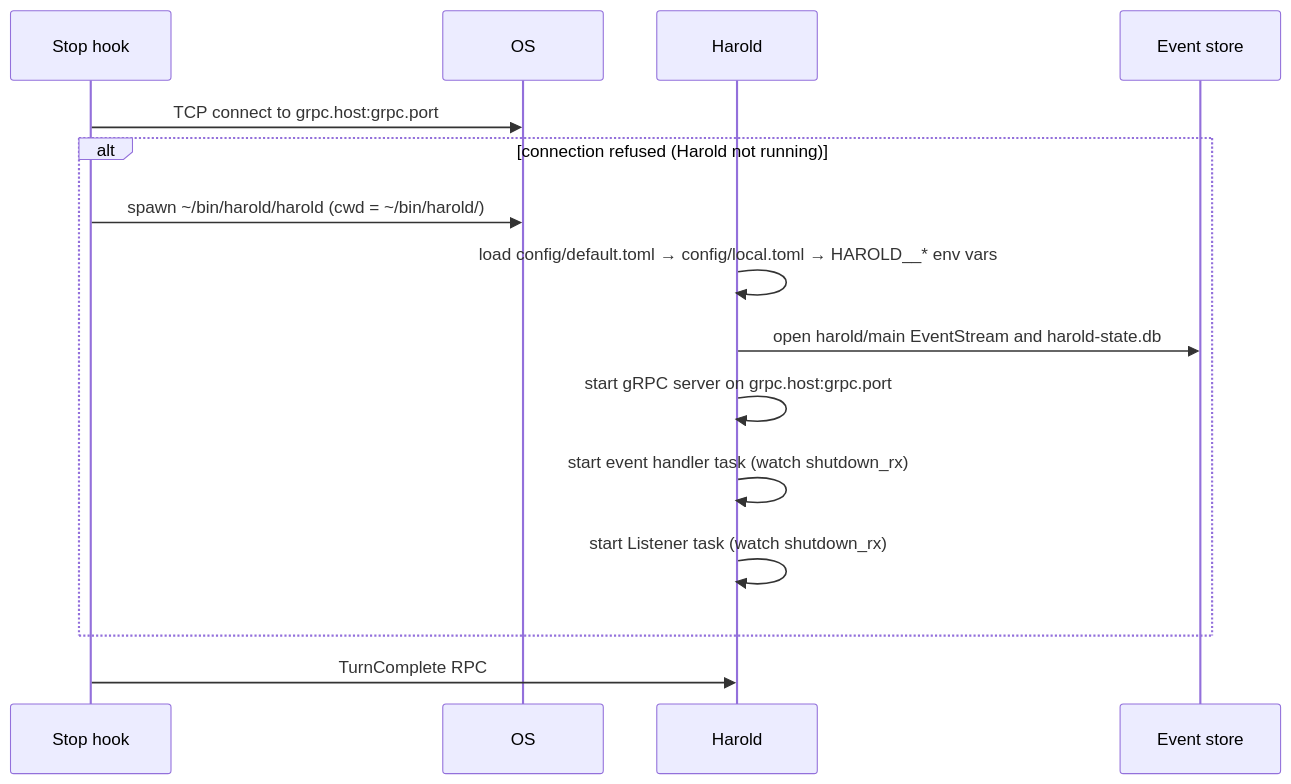
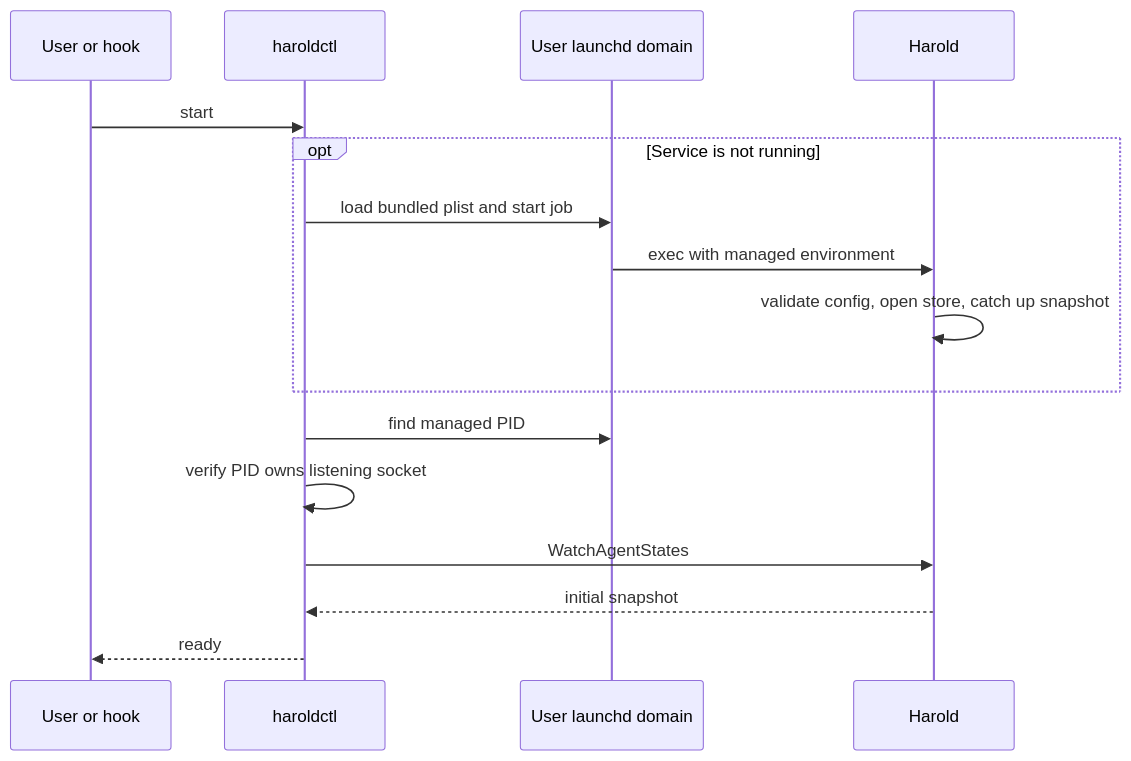
The diagram in docs/references/operation/README.md (kahgeh/harold), drawn with Mermaid before and after one commit. The commit also changed other lines of this file and 49 other files, not shown here.

````diff
--- a/docs/references/operation/README.md
+++ b/docs/references/operation/README.md
@@ -85,18 +70,18 @@
 ```mermaid
 sequenceDiagram
-    participant Hook as Stop hook
-    participant OS
+    participant Caller as User or hook
+    participant Control as haroldctl
+    participant Launchd as User launchd domain
     participant Harold
-    participant Store as Event store
-
-    Hook->>OS: TCP connect to grpc.host:grpc.port
-    alt connection refused (Harold not running)
-        Hook->>OS: spawn ~/bin/harold/harold (cwd = ~/bin/harold/)
-        Harold->>Harold: load config/default.toml → config/local.toml → HAROLD__* env vars
-        Harold->>Store: open harold/main EventStream and harold-state.db
-        Harold->>Harold: start gRPC server on grpc.host:grpc.port
-        Harold->>Harold: start event handler task (watch shutdown_rx)
-        Harold->>Harold: start Listener task (watch shutdown_rx)
+    Caller->>Control: start
+    opt Service is not running
+        Control->>Launchd: load bundled plist and start job
+        Launchd->>Harold: exec with managed environment
+        Harold->>Harold: validate config, open store, catch up snapshot
     end
-    Hook->>Harold: TurnComplete RPC
+    Control->>Launchd: find managed PID
+    Control->>Control: verify PID owns listening socket
+    Control->>Harold: WatchAgentStates
+    Harold-->>Control: initial snapshot
+    Control-->>Caller: ready
 ```
````
